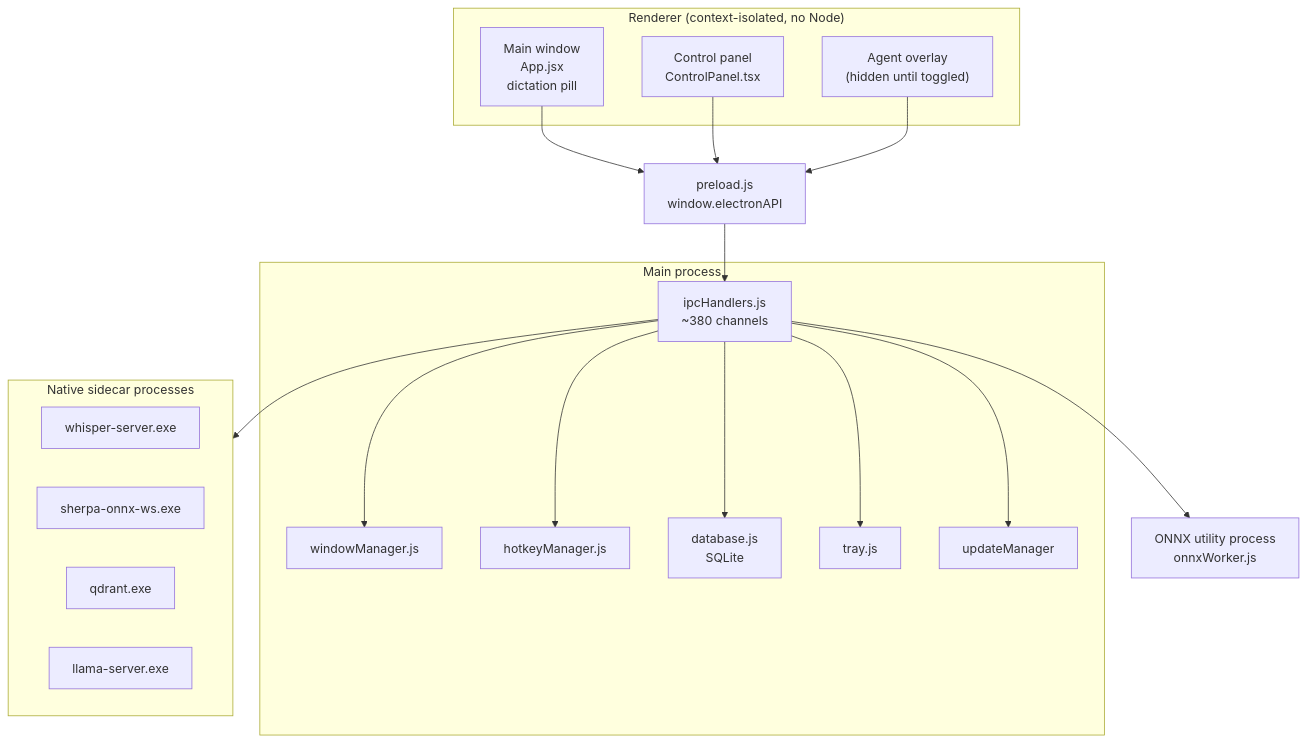
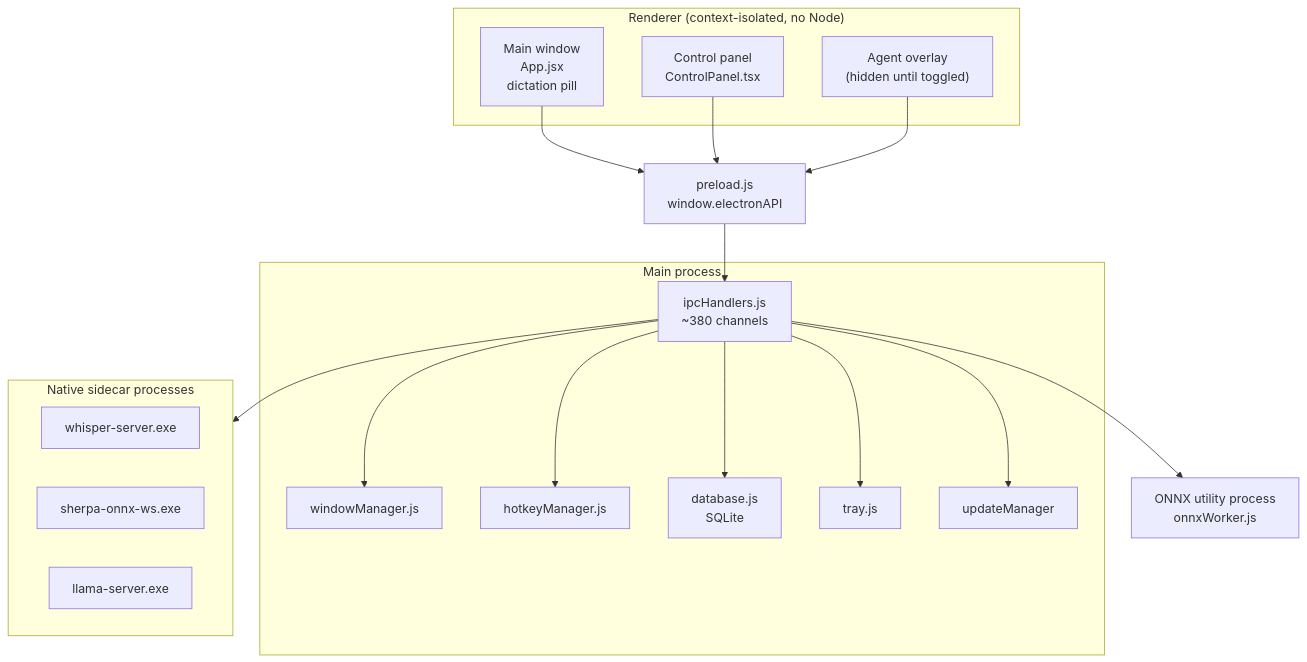
The diagram in docs/architecture.md (rushikeshjaisur11/dhwani), drawn with Mermaid before and after one commit. The commit also changed other lines of this file and 6 other files, not shown here.

First line of the commit message:
docs: optimization.md + slim roadmap, purge stale Qdrant references

````diff
--- a/docs/architecture.md
+++ b/docs/architecture.md
@@ -41,40 +41,39 @@
 ```mermaid
 flowchart TB
     subgraph Renderer["Renderer (context-isolated, no Node)"]
         MainWin["Main window<br/>App.jsx<br/>dictation pill"]
         PanelWin["Control panel<br/>ControlPanel.tsx"]
         AgentWin["Agent overlay<br/>(hidden until toggled)"]
     end
 
     Preload["preload.js<br/>window.electronAPI"]
 
     subgraph Main["Main process"]
         IPC["ipcHandlers.js<br/>~380 channels"]
         WM["windowManager.js"]
         HK["hotkeyManager.js"]
         DB["database.js<br/>SQLite"]
         Tray["tray.js"]
         Updater["updateManager"]
     end
 
     subgraph Sidecars["Native sidecar processes"]
         Whisper["whisper-server.exe"]
         Parakeet["sherpa-onnx-ws.exe"]
-        Qdrant["qdrant.exe"]
         Llama["llama-server.exe"]
     end
 
     ONNX["ONNX utility process<br/>onnxWorker.js"]
 
     MainWin --> Preload
     PanelWin --> Preload
     AgentWin --> Preload
     Preload --> IPC
     IPC --> WM
     IPC --> HK
     IPC --> DB
     IPC --> Tray
     IPC --> Updater
     IPC --> Sidecars
     IPC --> ONNX
 ```
````
